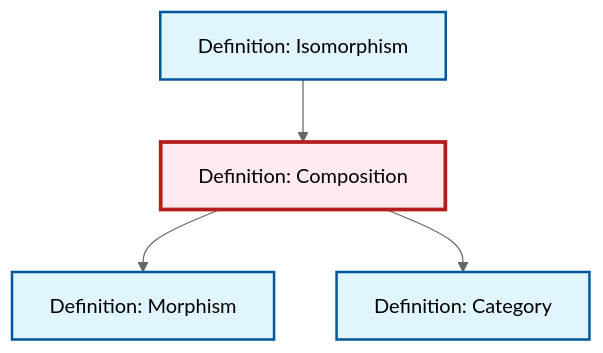
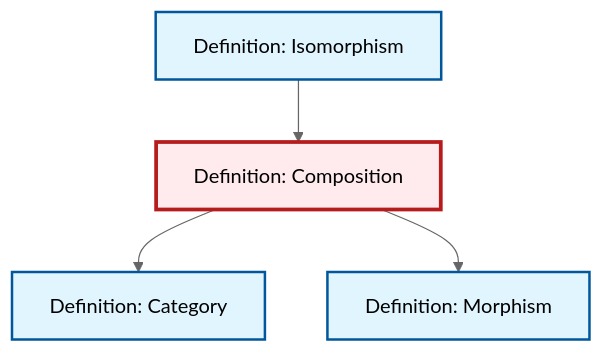
One commit to RK0429/ModernMath changed the diagram in content/en/category-theory/def-composition.qmd. Above: the diagram before and after it, drawn with Mermaid (neutral theme). The commit also changed other lines of this file and 554 other files, not shown here.

````diff
--- a/content/en/category-theory/def-composition.qmd
+++ b/content/en/category-theory/def-composition.qmd
@@ -92,20 +92,20 @@
 ```{mermaid}
 %%| fig-cap: "Local dependency graph"
 graph TD
     classDef definition fill:#e1f5fe,stroke:#01579b,stroke-width:2px
     classDef theorem fill:#f3e5f5,stroke:#4a148c,stroke-width:2px
     classDef axiom fill:#fff3e0,stroke:#e65100,stroke-width:2px
     classDef example fill:#e8f5e9,stroke:#1b5e20,stroke-width:2px
     classDef current fill:#ffebee,stroke:#b71c1c,stroke-width:3px
+    def-category["Definition: Category"]:::definition
+    def-isomorphism["Definition: Isomorphism"]:::definition
     def-morphism["Definition: Morphism"]:::definition
-    def-isomorphism["Definition: Isomorphism"]:::definition
     def-composition["Definition: Composition"]:::definition
-    def-category["Definition: Category"]:::definition
-    def-composition --> def-morphism
     def-isomorphism --> def-composition
     def-composition --> def-category
+    def-composition --> def-morphism
     class def-composition current
+    click def-category "def-category.html" "Go to Category definition"
+    click def-isomorphism "def-isomorphism.html" "Go to Isomorphism definition"
     click def-morphism "def-morphism.html" "Go to Morphism definition"
-    click def-isomorphism "def-isomorphism.html" "Go to Isomorphism definition"
-    click def-category "def-category.html" "Go to Category definition"
 ```
````
